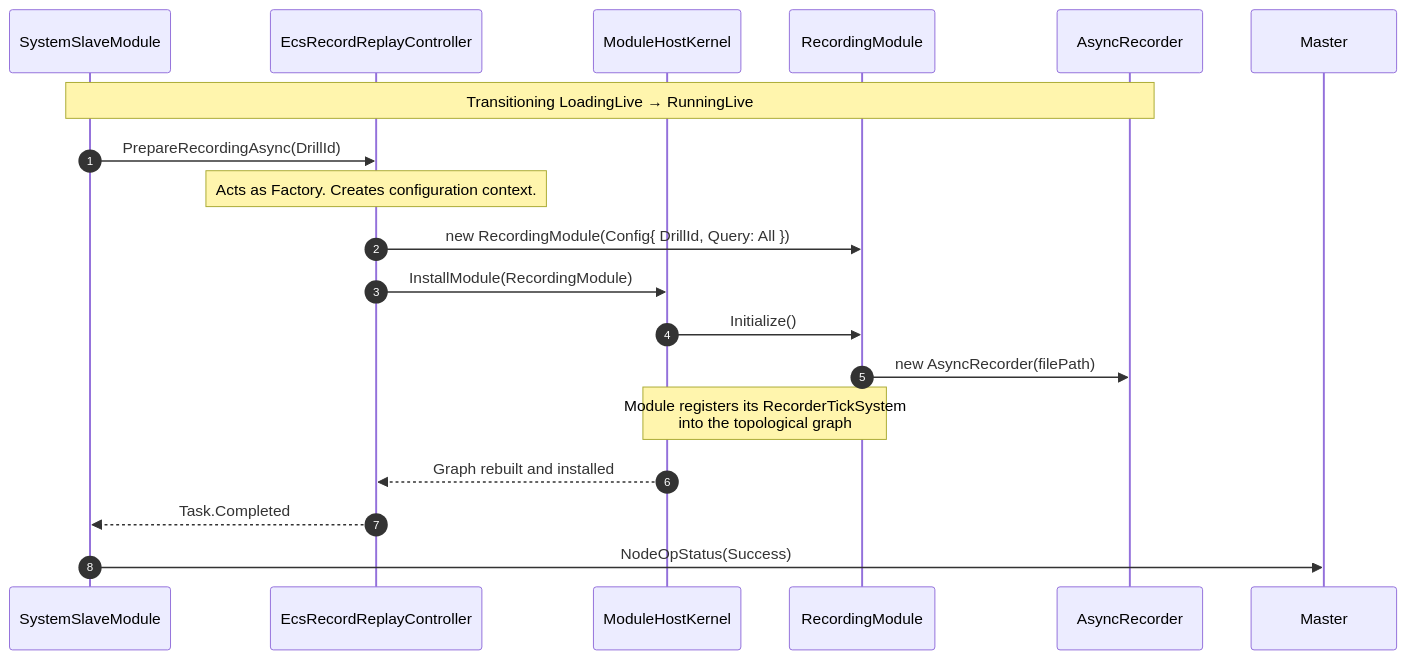
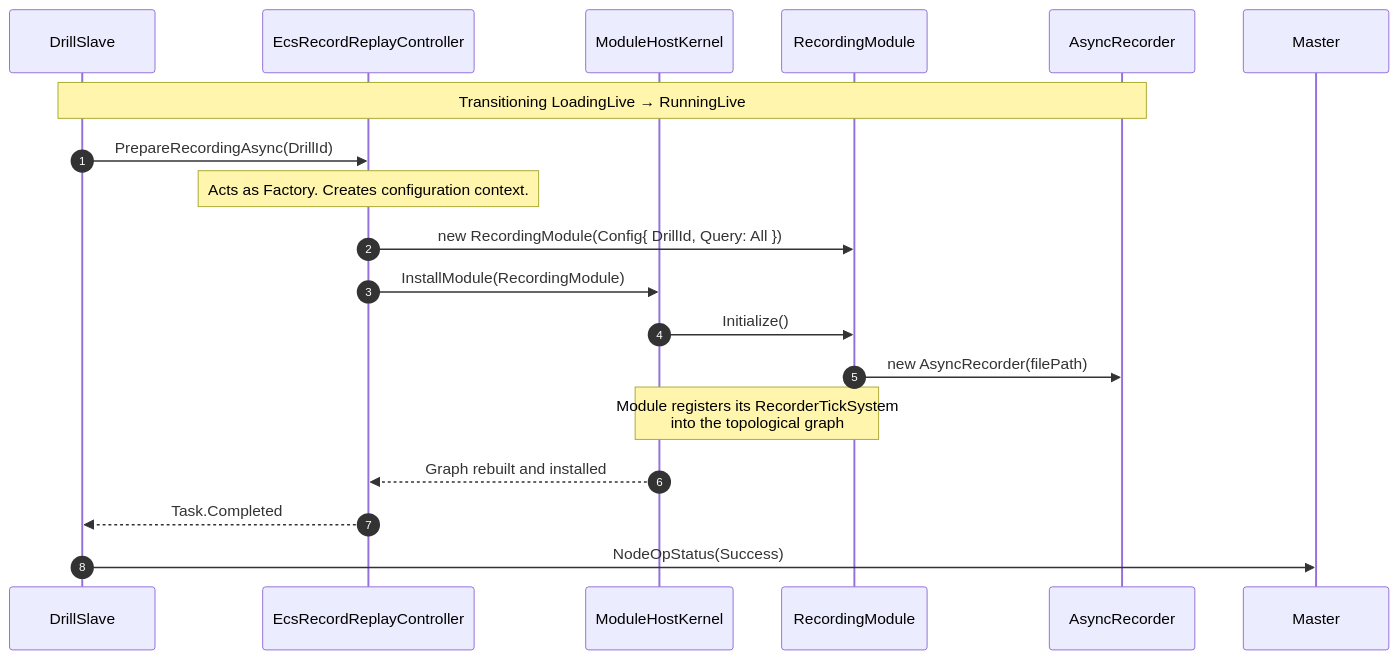
One commit to pjanec/HROT changed the sixth of 11 diagrams in docs/rec-plb-mgmt/DESIGN.md. Above: the diagram before and after it, drawn with Mermaid. The commit also changed other lines of this file and 4 other files, not shown here.

````diff
--- a/docs/rec-plb-mgmt/DESIGN.md
+++ b/docs/rec-plb-mgmt/DESIGN.md
@@ -2014,24 +2014,24 @@
 ```mermaid
 sequenceDiagram
     autonumber
-    participant SSM as SystemSlaveModule
+    participant SSM as DrillSlave
     participant ERC as EcsRecordReplayController
     participant MHK as ModuleHostKernel
     participant RM as RecordingModule
     participant AR as AsyncRecorder
 
     Note over SSM, AR: Transitioning LoadingLive → RunningLive
 
     SSM->>ERC: PrepareRecordingAsync(DrillId)
     Note over ERC: Acts as Factory. Creates configuration context.
     ERC->>RM: new RecordingModule(Config{ DrillId, Query: All })
     ERC->>MHK: InstallModule(RecordingModule)
 
     MHK->>RM: Initialize()
     RM->>AR: new AsyncRecorder(filePath)
     Note over RM,MHK: Module registers its RecorderTickSystem<br/>into the topological graph
     MHK-->>ERC: Graph rebuilt and installed
 
     ERC-->>SSM: Task.Completed
     SSM->>Master: NodeOpStatus(Success)
 ```
````
